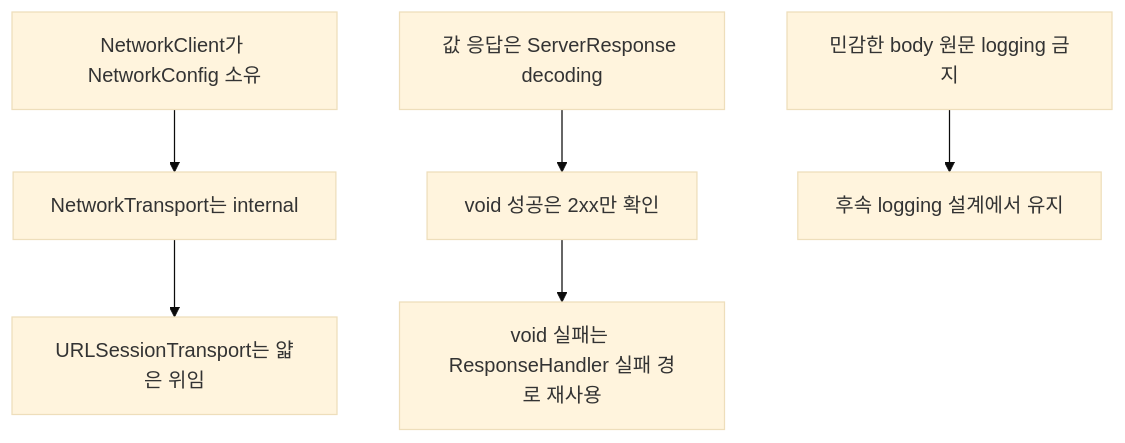
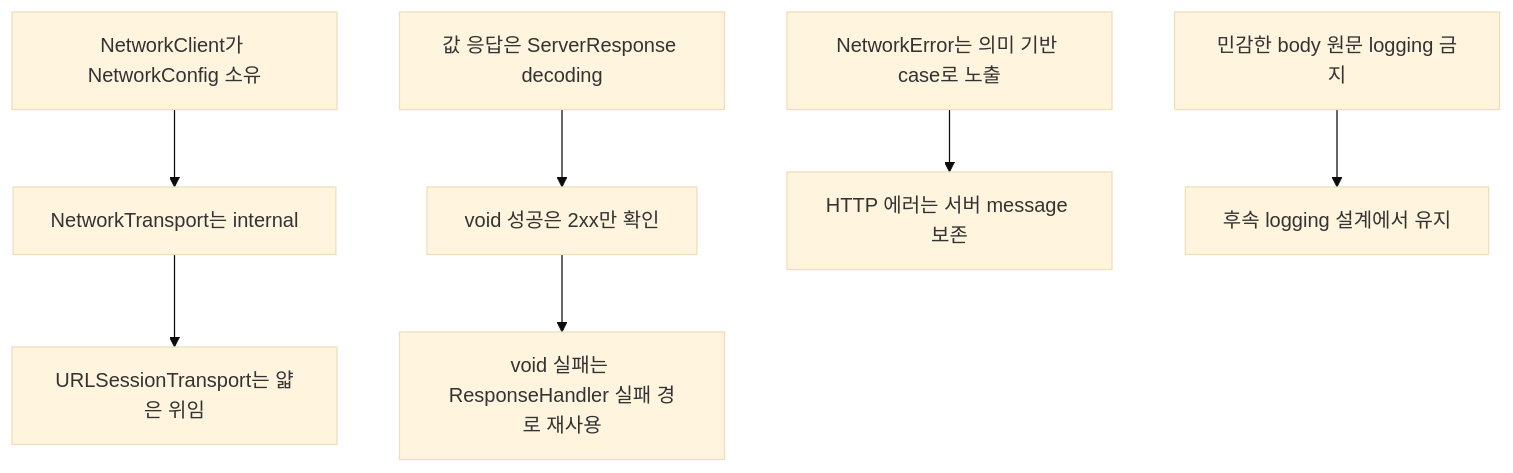
The eighth of 8 diagrams in Projects/LivithNetworking/README.md (mediunn/Livith-iOS), drawn with Mermaid (base theme) before and after one commit. The commit also changed other lines of this file and 9 other files, not shown here.

````diff
--- a/Projects/LivithNetworking/README.md
+++ b/Projects/LivithNetworking/README.md
@@ -228,14 +268,17 @@
 ```mermaid
 flowchart TD
     A[NetworkClient가 NetworkConfig 소유]
     B[NetworkTransport는 internal]
     C[URLSessionTransport는 얇은 위임]
     D["값 응답은 ServerResponse<T> decoding"]
     E[void 성공은 2xx만 확인]
     F["void 실패는 ResponseHandler<EmptyResponse> 실패 경로 재사용"]
     G[민감한 body 원문 logging 금지]
+    H[NetworkError는 의미 기반 case로 노출]
+    I[HTTP 에러는 서버 message 보존]
 
     A --> B --> C
     D --> E --> F
     G --> Next[후속 logging 설계에서 유지]
+    H --> I
 ```
````
